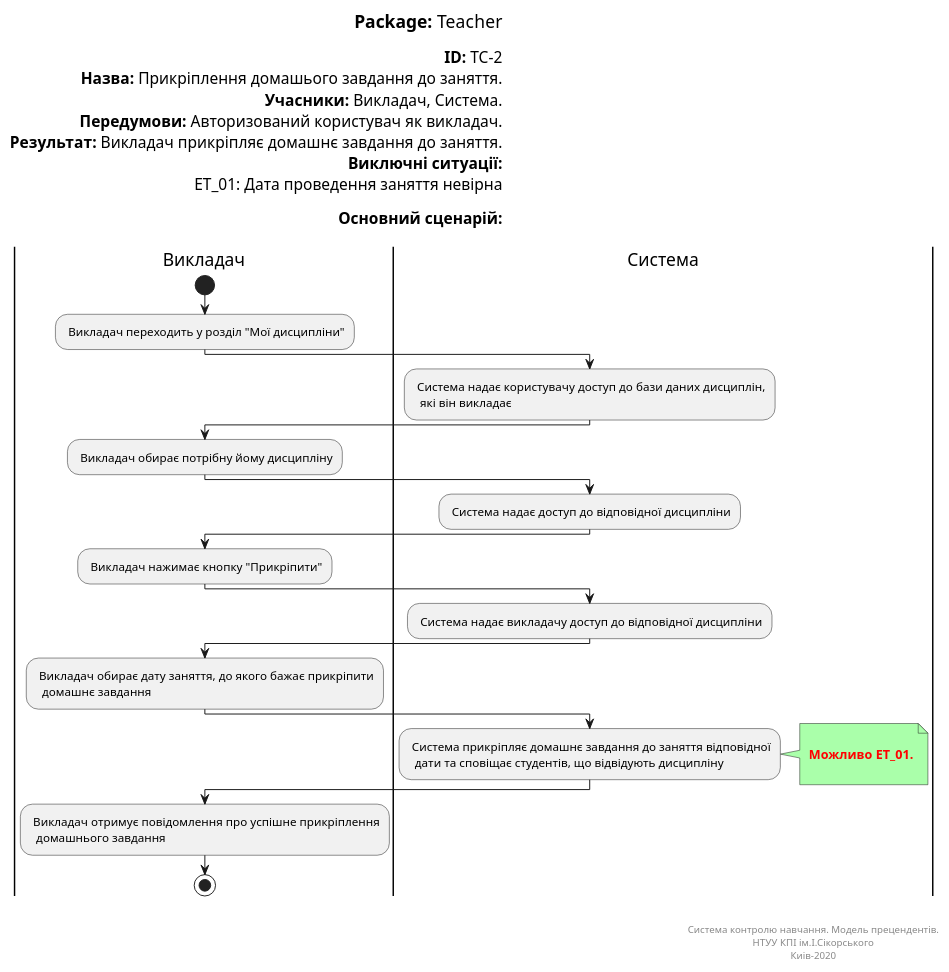
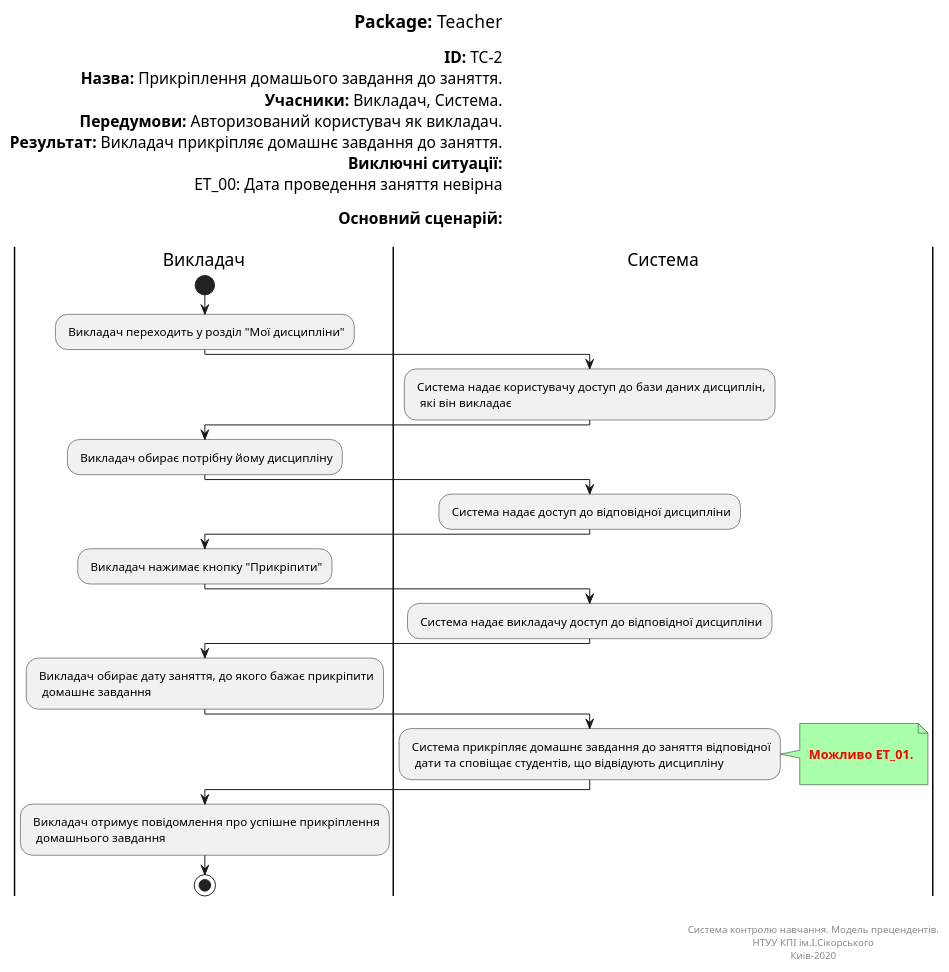
The diagram in docs/UML_Diagrams/scenarios/teacher/src/attach_materials.pu (vladlinu/TeamOne), drawn with PlantUML before and after one commit. The commit also changed 4 other files, not shown here.

```diff
--- a/docs/UML_Diagrams/scenarios/teacher/src/attach_materials.pu
+++ b/docs/UML_Diagrams/scenarios/teacher/src/attach_materials.pu
@@ -1,64 +1,64 @@
 @startuml
 left header
 <font color=000 size=18><b>Package:</b> Teacher
 
 <font color=000 size=16><b>ID:</b> TC-2
 <font color=000 size=16><b>Назва:</b> Прикріплення домашього завдання до заняття.
 <font color=000 size=16><b>Учасники:</b> Викладач, Система.
 <font color=000 size=16><b>Передумови:</b> Авторизований користувач як викладач.
 <font color=000 size=16><b>Результат:</b> Викладач прикріпляє домашнє завдання до заняття.
 <font color=000 size=16><b>Виключні ситуації:</b>
-<font color=000 size=16> ET_01: Дата проведення заняття невірна
+<font color=000 size=16> ET_00: Дата проведення заняття невірна
 
 <font color=000 size=16><b>Основний сценарій:</b>
 
 end header
 
 |Викладач|
 start
 : Викладач переходить у розділ "Мої дисципліни";
 
 |Система|
 : Система надає користувачу доступ до бази даних дисциплін, 
   які він викладає;
    
 |Викладач|
 : Викладач обирає потрібну йому дисципліну;   
 
 |Система|
 : Система надає доступ до відповідної дисципліни;
 
 |Викладач|
 : Викладач нажимає кнопку "Прикріпити";   
 
 |Система|
 : Система надає викладачу доступ до відповідної дисципліни;
 
 
 |Викладач|
 : Викладач обирає дату заняття, до якого бажає прикріпити
   домашнє завдання;
 
 |Система|
 : Система прикріпляє домашнє завдання до заняття відповідної
   дати та сповіщає студентів, що відвідують дисципліну;
 note right #aaffaa
 
 <font color=red><b> Можливо ET_01.
 
 end note
 
 |Викладач|
 : Викладач отримує повідомлення про успішне прикріплення
   домашнього завдання;  
   
 stop;
 
 right footer
 
 
 Система контролю навчання. Модель прецендентів.
 НТУУ КПІ ім.І.Сікорського
 Киів-2020
 end footer
 @enduml
```
